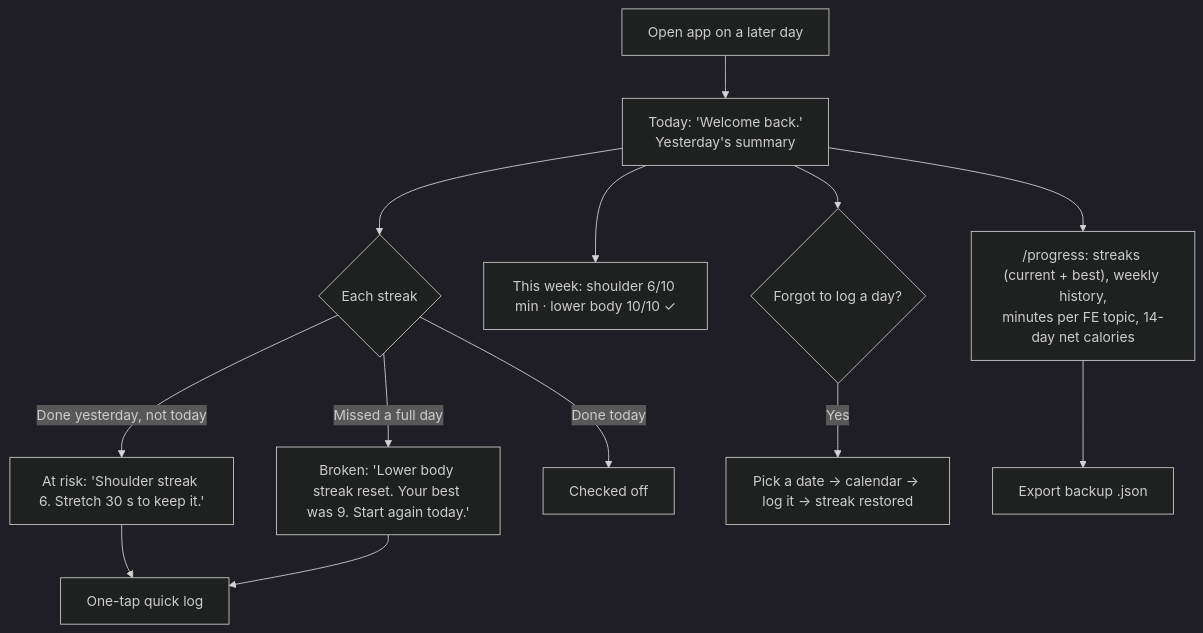
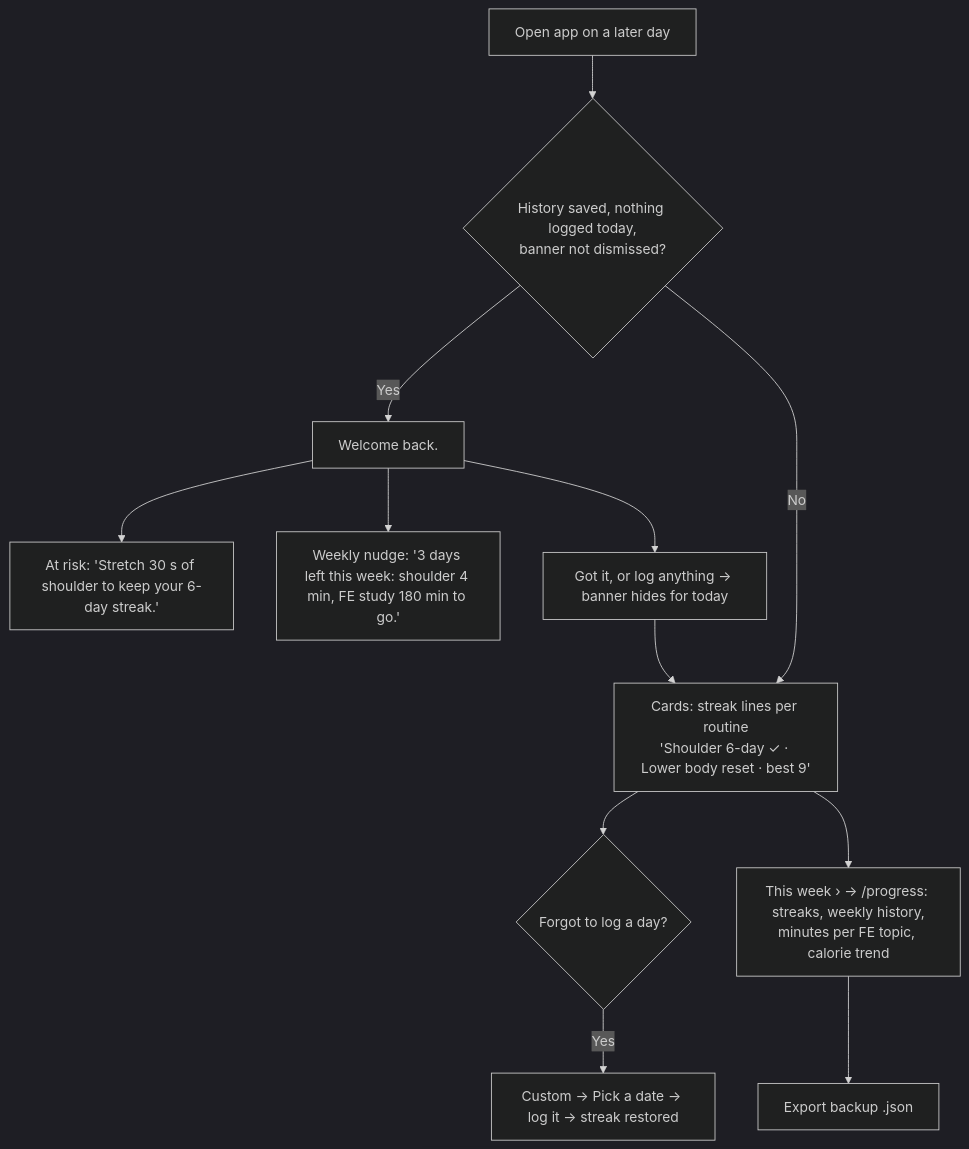
Before and after one commit to phamkd17/DBS-Assignment3: the fourth of 4 diagrams in flows.md, drawn with Mermaid (dark theme). The commit also changed other lines of this file and 11 other files, not shown here.

First line of the commit message:
Step 6: real Today page with first visit and coming back

````diff
--- a/flows.md
+++ b/flows.md
@@ -74,15 +74,14 @@
 ```mermaid
 flowchart TD
-  O[Open app on a later day] --> W["Today: 'Welcome back.'<br/>Yesterday's summary"]
-  W --> C{Each streak}
-  C -- Done yesterday, not today --> AR["At risk: 'Shoulder streak 6. Stretch 30 s to keep it.'"]
-  C -- Missed a full day --> BR["Broken: 'Lower body streak reset. Your best was 9. Start again today.'"]
-  C -- Done today --> OK[Checked off]
-  W --> WK["This week: shoulder 6/10 min · lower body 10/10 ✓"]
-  W --> MISS{Forgot to log a day?}
-  MISS -- Yes --> Y["Pick a date → calendar → log it → streak restored"]
-  AR --> Q[One-tap quick log]
-  BR --> Q
-  W --> PR["/progress: streaks (current + best), weekly history,<br/>minutes per FE topic, 14-day net calories"]
+  O[Open app on a later day] --> W{"History saved, nothing logged today,<br/>banner not dismissed?"}
+  W -- Yes --> WB["Welcome back."]
+  WB --> AR["At risk: 'Stretch 30 s of shoulder to keep your 6-day streak.'"]
+  WB --> WK["Weekly nudge: '3 days left this week: shoulder 4 min, FE study 180 min to go.'"]
+  WB --> GOT["Got it, or log anything → banner hides for today"]
+  W -- No --> CARDS
+  GOT --> CARDS["Cards: streak lines per routine<br/>'Shoulder 6-day ✓ · Lower body reset · best 9'"]
+  CARDS --> MISS{Forgot to log a day?}
+  MISS -- Yes --> Y["Custom → Pick a date → log it → streak restored"]
+  CARDS --> PR["This week › → /progress: streaks, weekly history,<br/>minutes per FE topic, calorie trend"]
   PR --> EX[Export backup .json]
 ```
````
